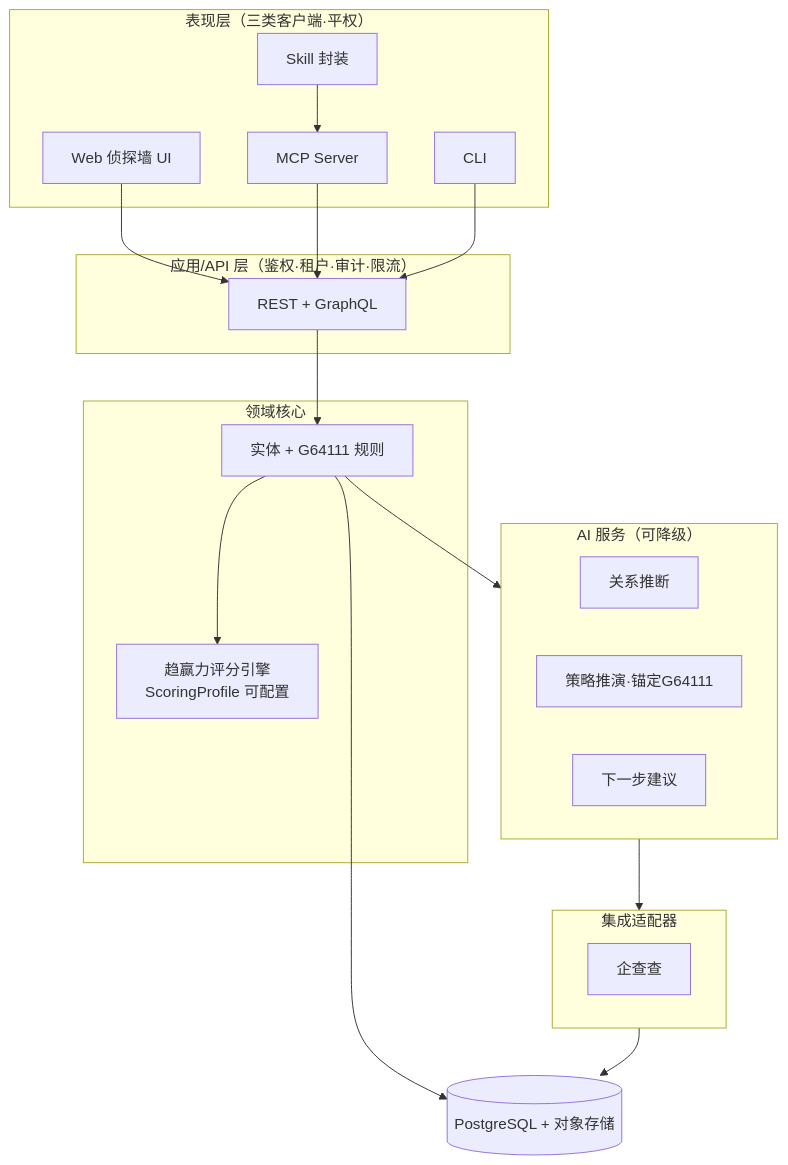
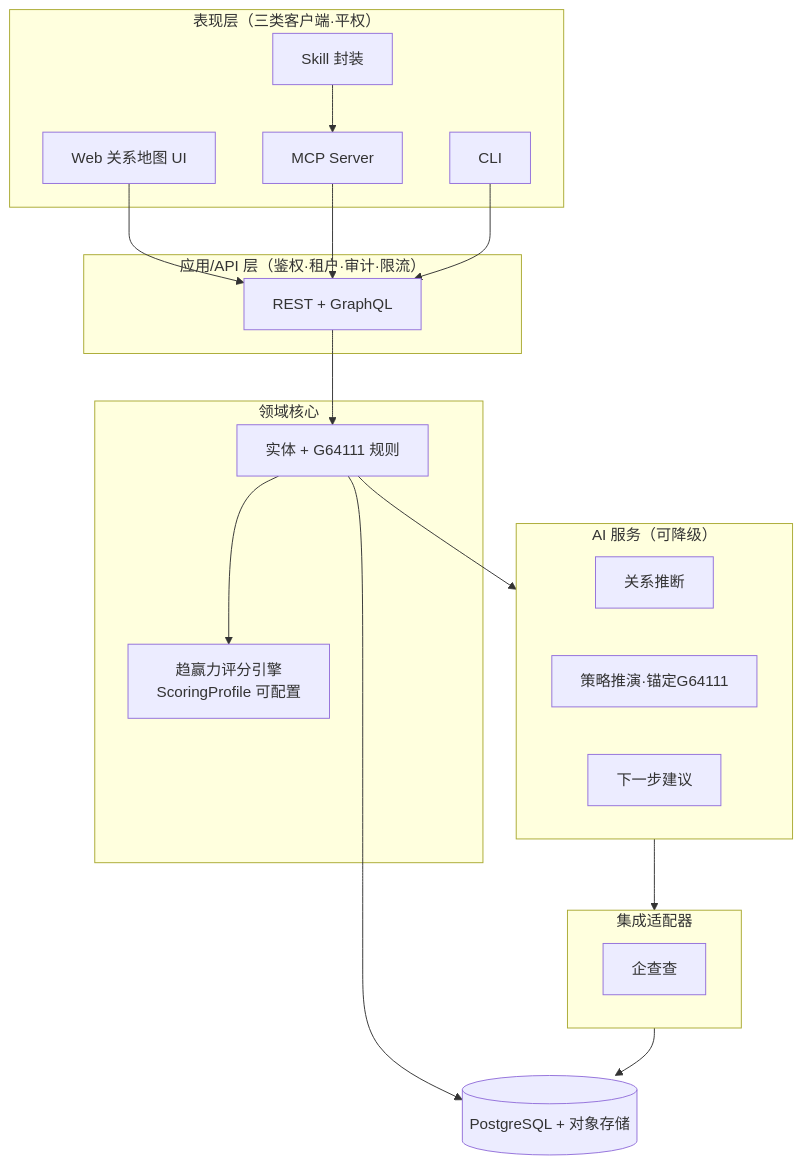
One commit to ZiZ-LG/jianghu changed the second of 2 diagrams in docs/产品设计方案.md. Above: the diagram before and after it, drawn with Mermaid. The commit also changed other lines of this file and 10 other files, not shown here.

First line of the commit message:
chore(术语): 「侦探墙」→「关系地图」全局统一

````diff
--- a/docs/产品设计方案.md
+++ b/docs/产品设计方案.md
@@ -266,35 +266,35 @@
 ```mermaid
 flowchart TB
     subgraph 表现层["表现层（三类客户端·平权）"]
-        WEB[Web 侦探墙 UI]
+        WEB[Web 关系地图 UI]
         MCP[MCP Server]
         CLI[CLI]
         SKILL[Skill 封装]
     end
     subgraph API["应用/API 层（鉴权·租户·审计·限流）"]
         REST[REST + GraphQL]
     end
     subgraph DOMAIN["领域核心"]
         ENT[实体 + G64111 规则]
         SCORE[趋赢力评分引擎<br/>ScoringProfile 可配置]
     end
     subgraph AISVC["AI 服务（可降级）"]
         INFER[关系推断]
         STRAT[策略推演·锚定G64111]
         SUMM[下一步建议]
     end
     subgraph INTEG["集成适配器"]
         QCC[企查查]
     end
     DB[(PostgreSQL + 对象存储)]
     WEB-->REST
     MCP-->REST
     CLI-->REST
     SKILL-->MCP
     REST-->ENT
     ENT-->SCORE
     ENT-->DB
     ENT-->AISVC
     AISVC-->INTEG
     INTEG-->DB
 ```
````
